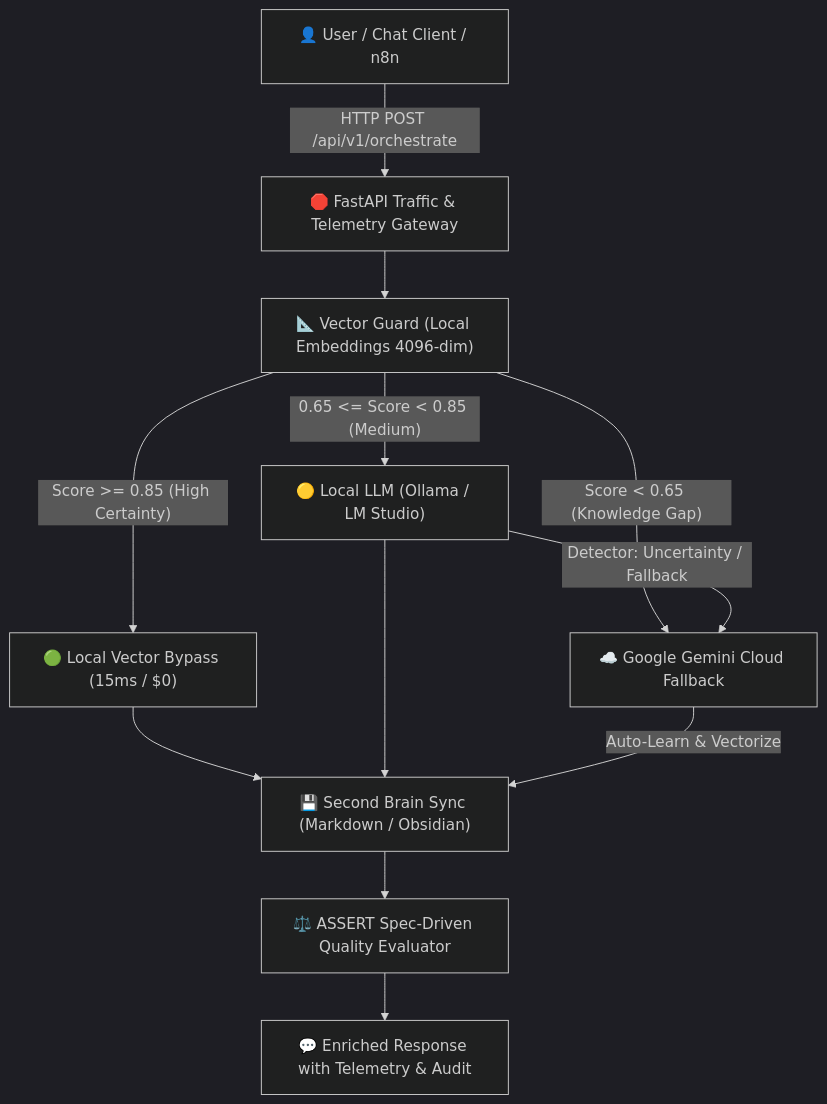
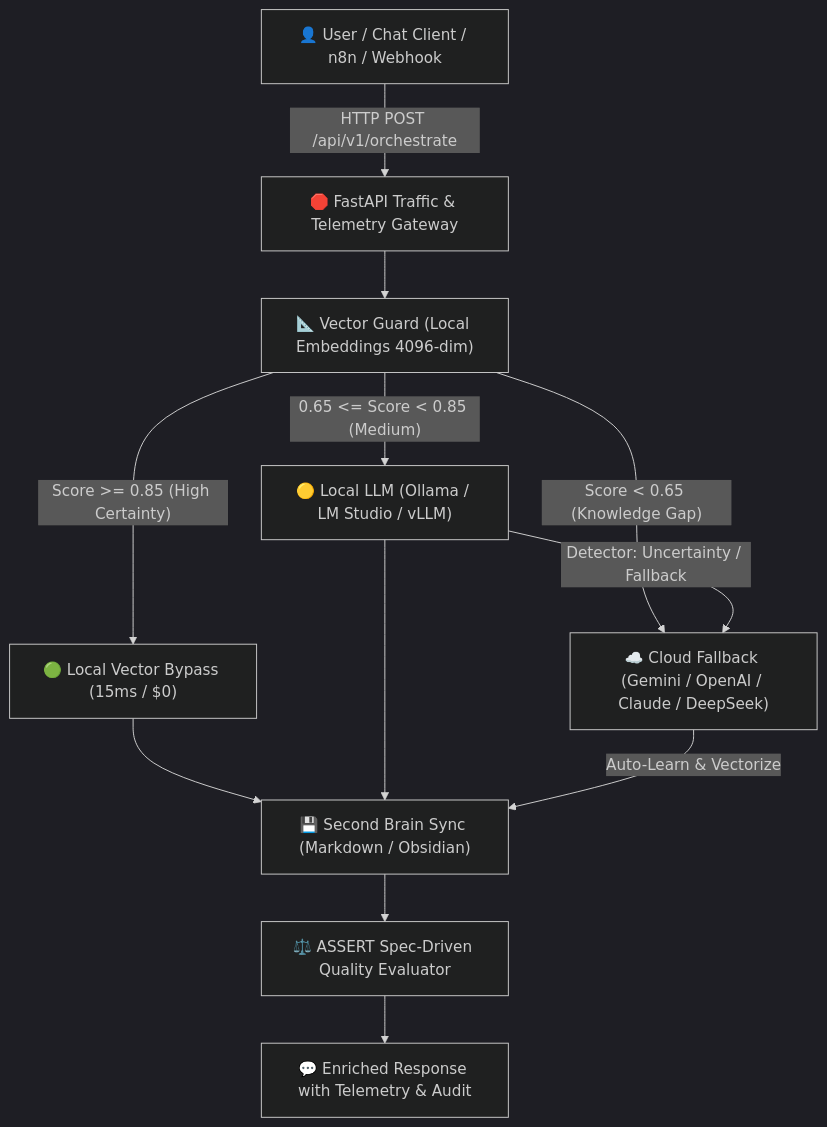
One commit to Leonthelee/open-hybrid-rag changed the diagram in README.md. Above: the diagram before and after it, drawn with Mermaid (dark theme). The commit also changed other lines of this file and 3 other files, not shown here.

Commit message:
refactor: make Open Hybrid RAG 100% provider-agnostic (Gemini, OpenAI, Claude, DeepSeek, Groq)

````diff
--- a/README.md
+++ b/README.md
@@ -39,19 +40,19 @@
 ```mermaid
 flowchart TD
-    A["👤 User / Chat Client / n8n"] -->|"HTTP POST /api/v1/orchestrate"| B["🛑 FastAPI Traffic & Telemetry Gateway"]
+    A["👤 User / Chat Client / n8n / Webhook"] -->|"HTTP POST /api/v1/orchestrate"| B["🛑 FastAPI Traffic & Telemetry Gateway"]
     
     B --> C["📐 Vector Guard (Local Embeddings 4096-dim)"]
     
     C -->|"Score >= 0.85 (High Certainty)"| D["🟢 Local Vector Bypass (15ms / $0)"]
-    C -->|"0.65 <= Score < 0.85 (Medium)"| E["🟡 Local LLM (Ollama / LM Studio)"]
-    C -->|"Score < 0.65 (Knowledge Gap)"| F["☁️ Google Gemini Cloud Fallback"]
+    C -->|"0.65 <= Score < 0.85 (Medium)"| E["🟡 Local LLM (Ollama / LM Studio / vLLM)"]
+    C -->|"Score < 0.65 (Knowledge Gap)"| F["☁️ Cloud Fallback (Gemini / OpenAI / Claude / DeepSeek)"]
     
     E -->|"Detector: Uncertainty / Fallback"| F
     
     D --> G["💾 Second Brain Sync (Markdown / Obsidian)"]
     E --> G
     F -->|"Auto-Learn & Vectorize"| G
     
     G --> H["⚖️ ASSERT Spec-Driven Quality Evaluator"]
     H --> I["💬 Enriched Response with Telemetry & Audit"]
 ```
````
